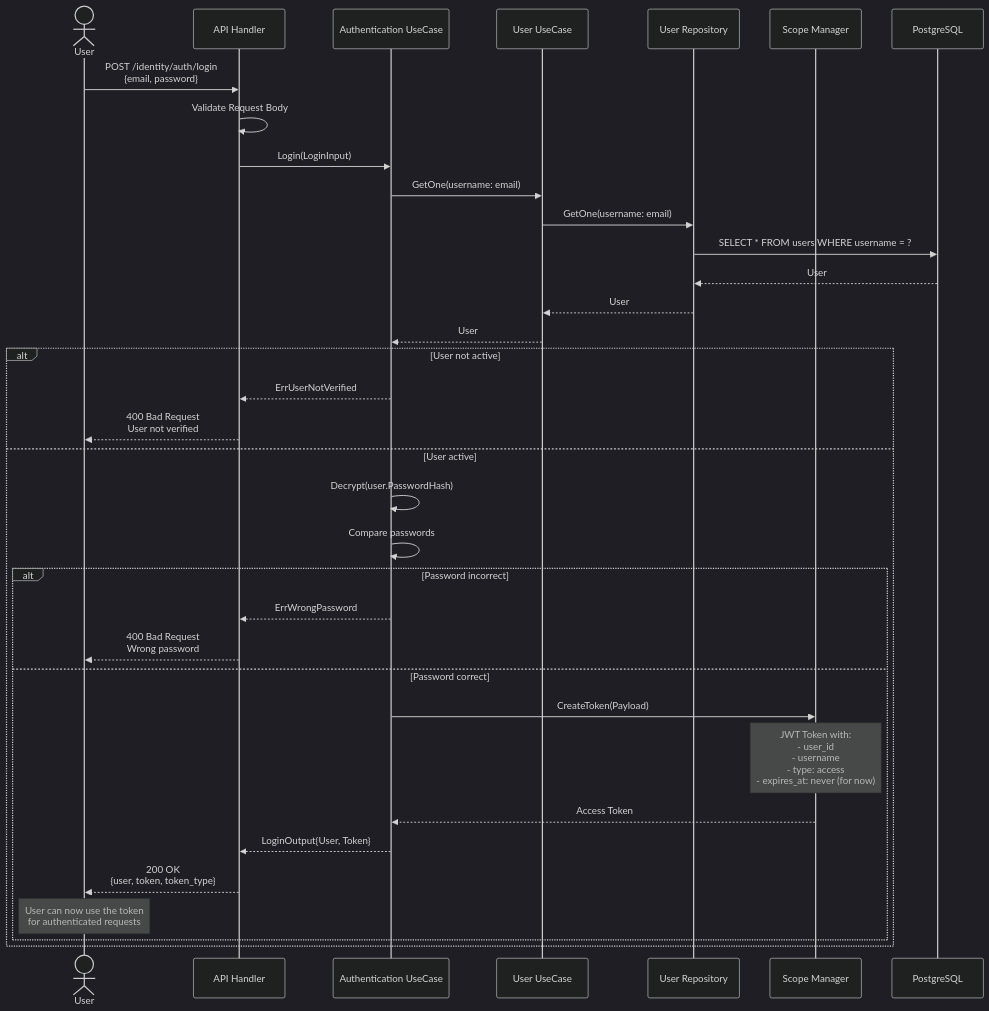
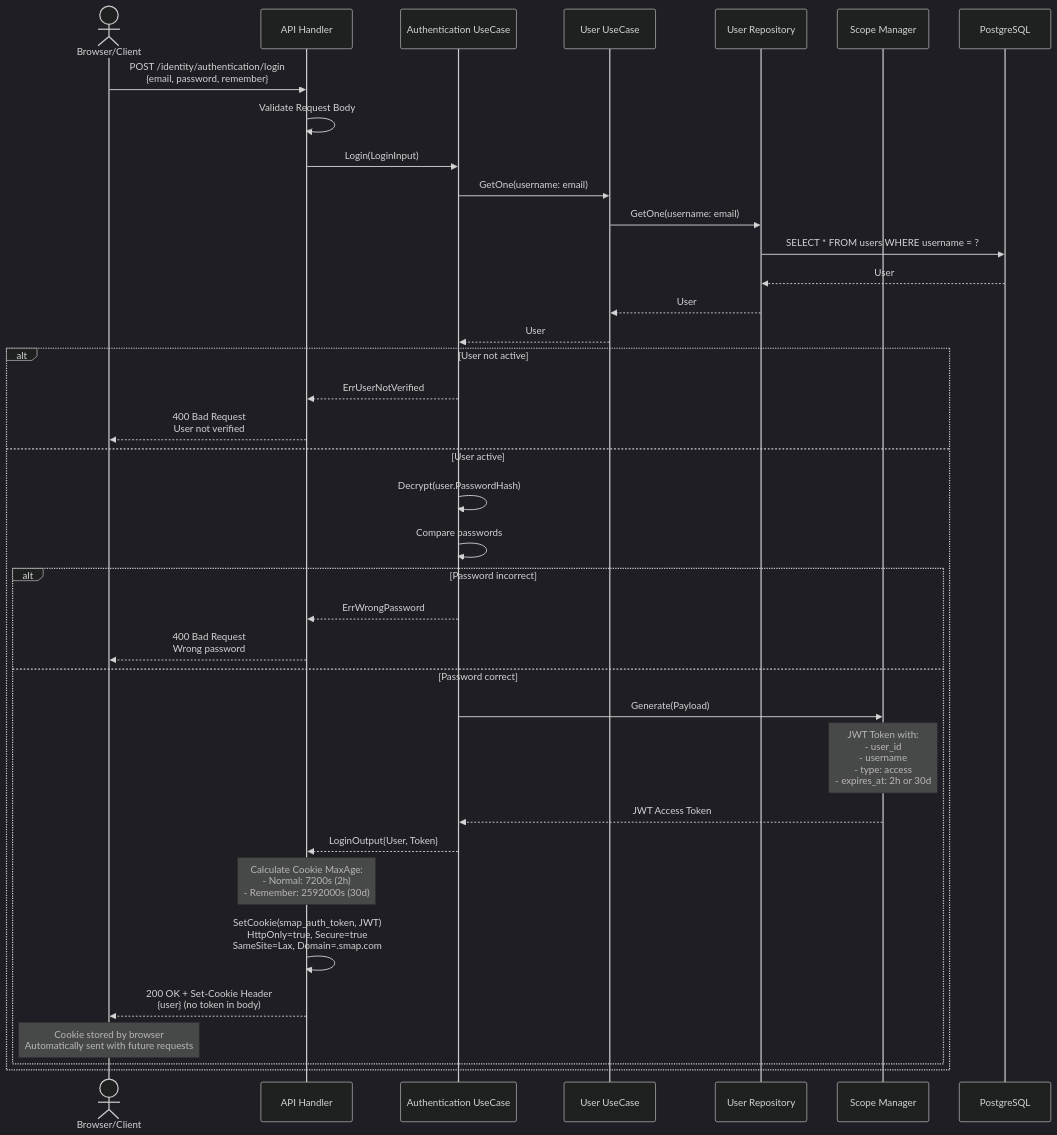
One commit to smap-hcmut/identity-srv changed the fourth of 20 diagrams in identity/document/api.md. Above: the diagram before and after it, drawn with Mermaid (dark theme). The commit also changed other lines of this file and 11 other files, not shown here.

Commit message:
feat(authentication): migrate to HttpOnly cookie-based authentication, enhancing security by eliminating token exposure in responses, updating login/logout flows, and introducing new endpoints for user information retrieval

````diff
--- a/identity/document/api.md
+++ b/identity/document/api.md
@@ -251,43 +253,48 @@
 ```mermaid
 sequenceDiagram
-    actor User
+    actor User as Browser/Client
     participant API as API Handler
     participant AuthUC as Authentication UseCase
     participant UserUC as User UseCase
     participant UserRepo as User Repository
     participant Scope as Scope Manager
     participant DB as PostgreSQL
 
-    User->>API: POST /identity/auth/login<br/>{email, password}
+    User->>API: POST /identity/authentication/login<br/>{email, password, remember}
     API->>API: Validate Request Body
     API->>AuthUC: Login(LoginInput)
-    
+
     AuthUC->>UserUC: GetOne(username: email)
     UserUC->>UserRepo: GetOne(username: email)
     UserRepo->>DB: SELECT * FROM users WHERE username = ?
     DB-->>UserRepo: User
     UserRepo-->>UserUC: User
     UserUC-->>AuthUC: User
-    
+
     alt User not active
         AuthUC-->>API: ErrUserNotVerified
         API-->>User: 400 Bad Request<br/>User not verified
     else User active
         AuthUC->>AuthUC: Decrypt(user.PasswordHash)
         AuthUC->>AuthUC: Compare passwords
-        
+
         alt Password incorrect
             AuthUC-->>API: ErrWrongPassword
             API-->>User: 400 Bad Request<br/>Wrong password
         else Password correct
-            AuthUC->>Scope: CreateToken(Payload)
-            Note over Scope: JWT Token with:<br/>- user_id<br/>- username<br/>- type: access<br/>- expires_at: never (for now)
-            Scope-->>AuthUC: Access Token
-            
+            AuthUC->>Scope: Generate(Payload)
+            Note over Scope: JWT Token with:<br/>- user_id<br/>- username<br/>- type: access<br/>- expires_at: 2h or 30d
+            Scope-->>AuthUC: JWT Access Token
+
             AuthUC-->>API: LoginOutput{User, Token}
-            API-->>User: 200 OK<br/>{user, token, token_type}
-            
-            Note over User: User can now use the token<br/>for authenticated requests
+
+            Note over API: Calculate Cookie MaxAge:<br/>- Normal: 7200s (2h)<br/>- Remember: 2592000s (30d)
+
+            API->>API: SetCookie(smap_auth_token, JWT)<br/>HttpOnly=true, Secure=true<br/>SameSite=Lax, Domain=.smap.com
+
+            API-->>User: 200 OK + Set-Cookie Header<br/>{user} (no token in body)
+
+            Note over User: Cookie stored by browser<br/>Automatically sent with future requests
         end
     end
 ```
````
